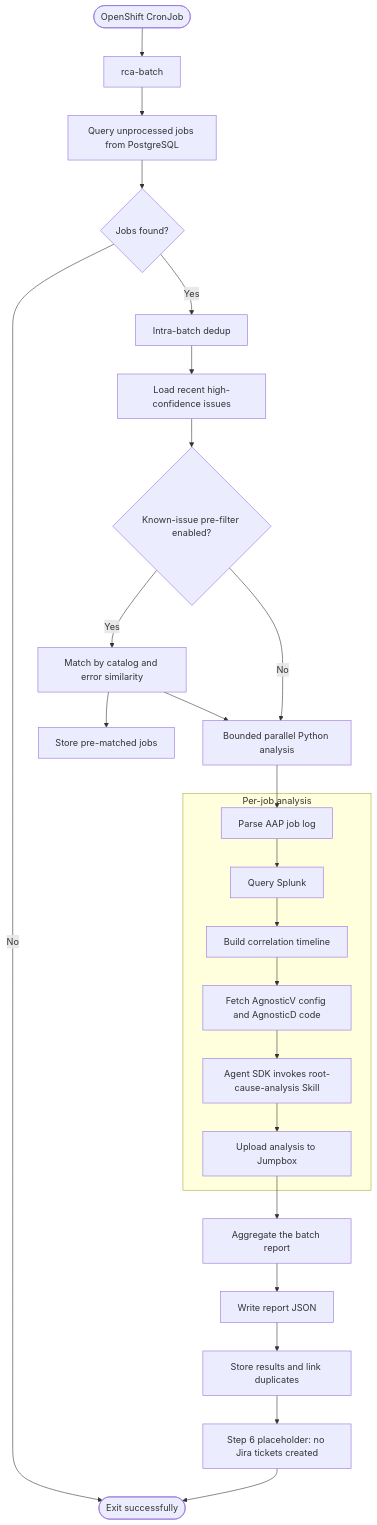
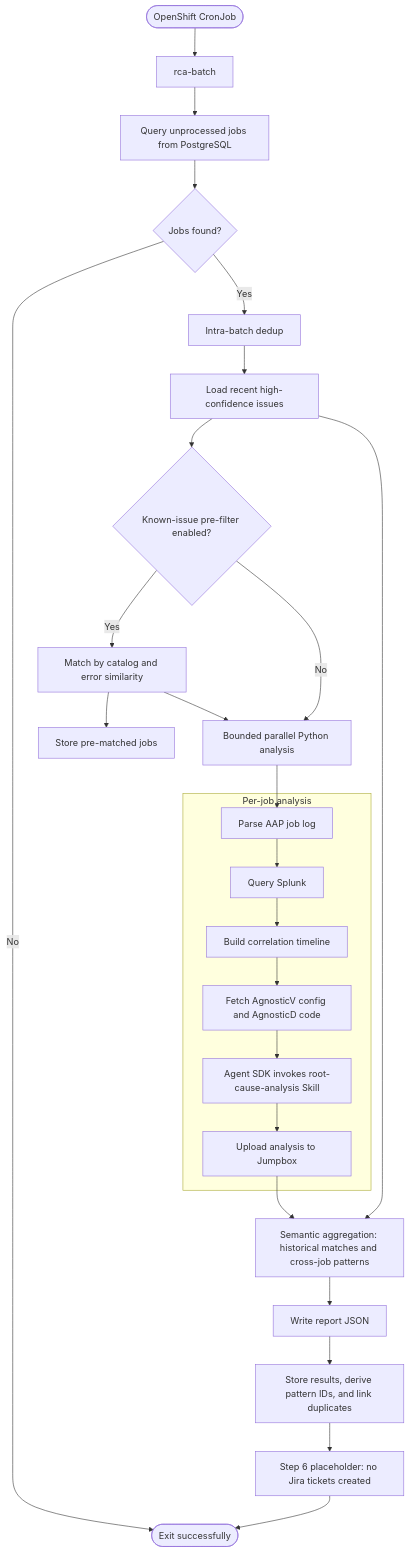
One commit to Shreyanand/aap2-rca-agent changed the diagram in README.md. Above: the diagram before and after it, drawn with Mermaid.

Commit message:
Document semantic pattern flow

````diff
--- a/README.md
+++ b/README.md
@@ -10,29 +10,30 @@
 ```mermaid
 flowchart TD
     Start([OpenShift CronJob]) --> Runner[rca-batch]
     Runner --> Query[Query unprocessed jobs from PostgreSQL]
     Query --> AnyJobs{Jobs found?}
     AnyJobs -- No --> Done([Exit successfully])
     AnyJobs -- Yes --> Dedup[Intra-batch dedup]
     Dedup --> Known[Load recent high-confidence issues]
     Known --> Filter{Known-issue pre-filter enabled?}
     Filter -- Yes --> Prefilter[Match by catalog and error similarity]
     Filter -- No --> Analysis
     Prefilter --> Matched[Store pre-matched jobs]
     Prefilter --> Analysis[Bounded parallel Python analysis]
     subgraph PerJob[Per-job analysis]
       Parse[Parse AAP job log]
       Splunk[Query Splunk]
       Correlation[Build correlation timeline]
       GitHub[Fetch AgnosticV config and AgnosticD code]
       Synthesis[Agent SDK invokes root-cause-analysis Skill]
       Upload[Upload analysis to Jumpbox]
       Parse --> Splunk --> Correlation --> GitHub --> Synthesis --> Upload
     end
     Analysis --> Parse
-    Upload --> Aggregate[Aggregate the batch report]
+    Upload --> Aggregate[Semantic aggregation: historical matches and cross-job patterns]
+    Known --> Aggregate
     Aggregate --> Write[Write report JSON]
-    Write --> Store[Store results and link duplicates]
+    Write --> Store[Store results, derive pattern IDs, and link duplicates]
     Store --> Jira[Step 6 placeholder: no Jira tickets created]
     Jira --> Done
 ```
````
